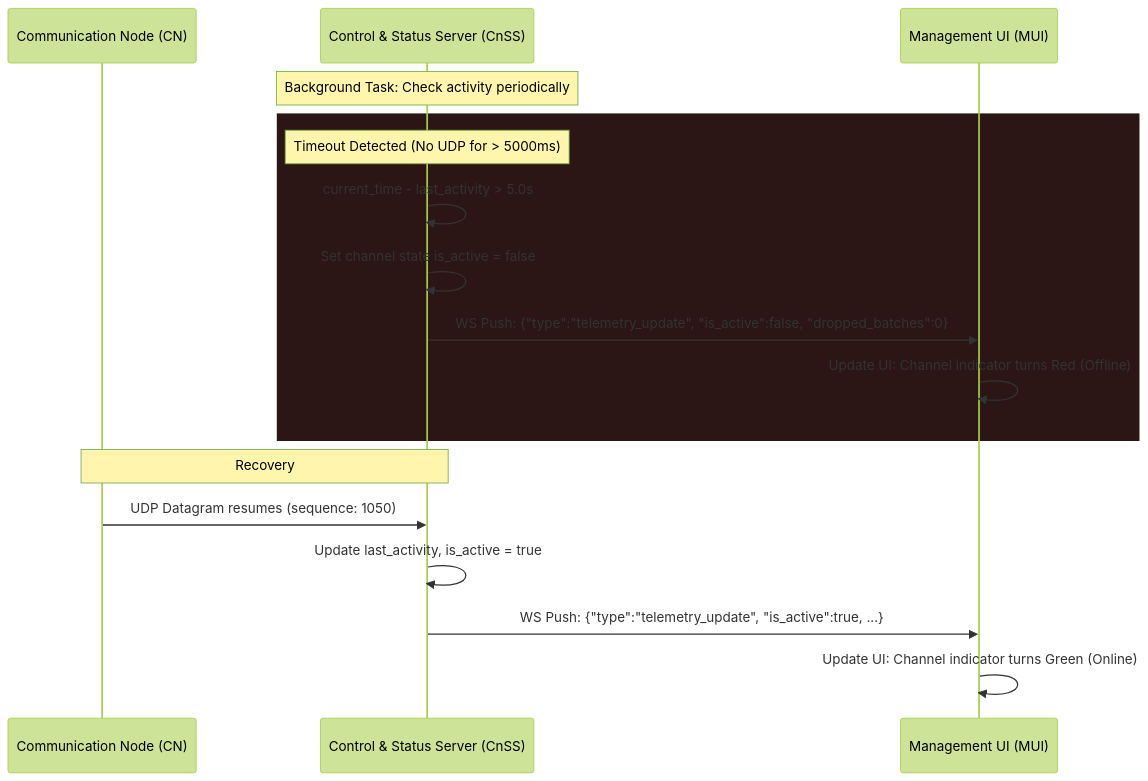
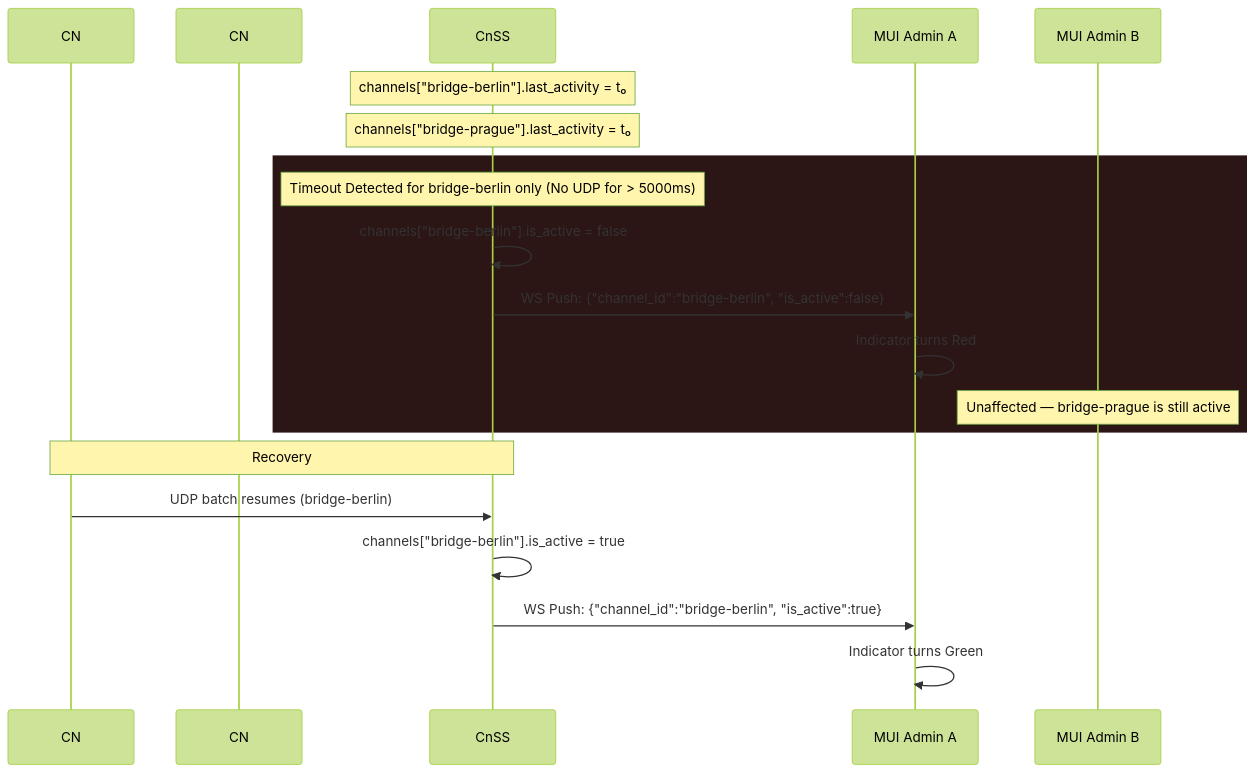
Before and after one commit to SWP-47/traffic-processing-platform: the third of 4 diagrams in docs/system-documentation.md, drawn with Mermaid (forest theme). The commit also changed other lines of this file, not shown here.

````diff
--- a/docs/system-documentation.md
+++ b/docs/system-documentation.md
@@ -72,22 +149,25 @@
 ```mermaid
 sequenceDiagram
-    participant CN as Communication Node (CN)
-    participant CnSS as Control & Status Server (CnSS)
-    participant MUI as Management UI (MUI)
+    participant CN1 as CN #1 (bridge-berlin)
+    participant CN2 as CN #2 (bridge-prague)
+    participant CnSS as CnSS
+    participant MUI_A as MUI Admin A
+    participant MUI_B as MUI Admin B
 
-    Note over CnSS: Background Task: Check activity periodically
-    
+    Note over CnSS: channels["bridge-berlin"].last_activity = t₀
+    Note over CnSS: channels["bridge-prague"].last_activity = t₀
+
     rect rgb(44, 21, 21)
-    Note over CnSS: Timeout Detected (No UDP for > 5000ms)
-    CnSS->>CnSS: current_time - last_activity > 5.0s
-    CnSS->>CnSS: Set channel state is_active = false
-    CnSS->>MUI: WS Push: {"type":"telemetry_update", "is_active":false, "dropped_batches":0}
-    MUI->>MUI: Update UI: Channel indicator turns Red (Offline)
+    Note over CnSS: Timeout Detected for bridge-berlin only (No UDP for > 5000ms)
+    CnSS->>CnSS: channels["bridge-berlin"].is_active = false
+    CnSS->>MUI_A: WS Push: {"channel_id":"bridge-berlin", "is_active":false}
+    MUI_A->>MUI_A: Indicator turns Red
+    Note over MUI_B: Unaffected — bridge-prague is still active
     end
 
-    Note over CN, CnSS: Recovery
-    CN->>CnSS: UDP Datagram resumes (sequence: 1050)
-    CnSS->>CnSS: Update last_activity, is_active = true
-    CnSS->>MUI: WS Push: {"type":"telemetry_update", "is_active":true, ...}
-    MUI->>MUI: Update UI: Channel indicator turns Green (Online)
+    Note over CN1, CnSS: Recovery
+    CN1->>CnSS: UDP batch resumes (bridge-berlin)
+    CnSS->>CnSS: channels["bridge-berlin"].is_active = true
+    CnSS->>MUI_A: WS Push: {"channel_id":"bridge-berlin", "is_active":true}
+    MUI_A->>MUI_A: Indicator turns Green
 ```
````
